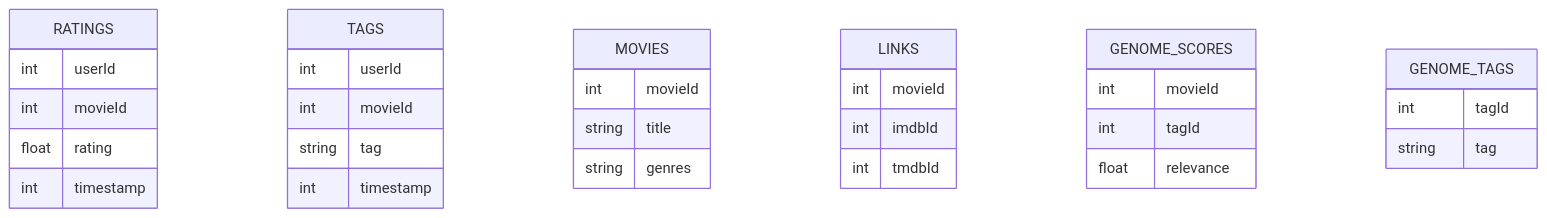
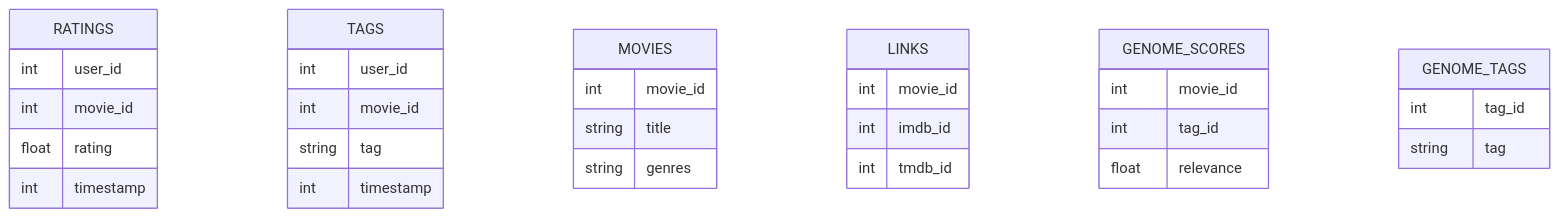
One commit to phucvinh57/dw_dss changed the second of 2 diagrams in README.md. Above: the diagram before and after it, drawn with Mermaid. The commit also changed other lines of this file and 1 other file, not shown here.

Commit message:
etl for ratings and tags

````diff
--- a/README.md
+++ b/README.md
@@ -91,34 +96,34 @@
 ```mermaid
 erDiagram
     RATINGS {
-        int userId
-        int movieId
+        int user_id
+        int movie_id
         float rating
         int timestamp
     }
     TAGS {
-        int userId
-        int movieId
+        int user_id
+        int movie_id
         string tag
         int timestamp
     }
     MOVIES {
-        int movieId
+        int movie_id
         string title
         string genres
     }
     LINKS {
-        int movieId
-        int imdbId
-        int tmdbId
+        int movie_id
+        int imdb_id
+        int tmdb_id
     }
     GENOME_SCORES {
-        int movieId
-        int tagId
+        int movie_id
+        int tag_id
         float relevance
     }
     GENOME_TAGS {
-        int tagId
+        int tag_id
         string tag
     }
 ```
````
